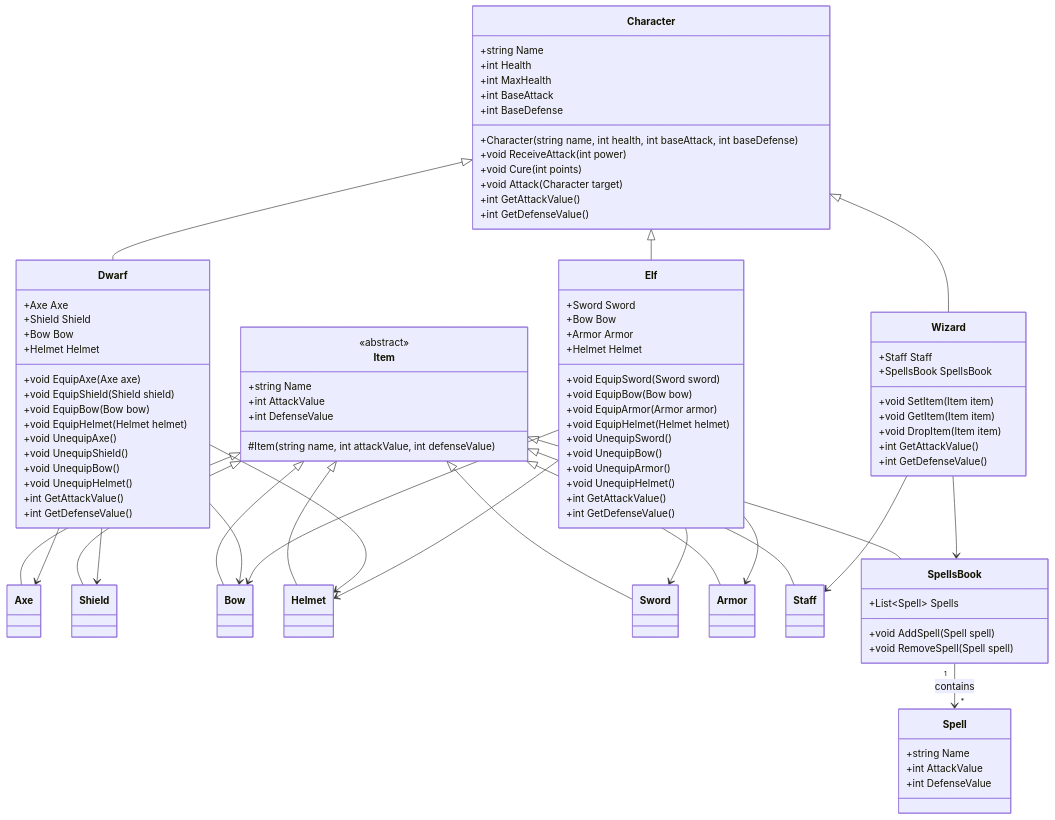
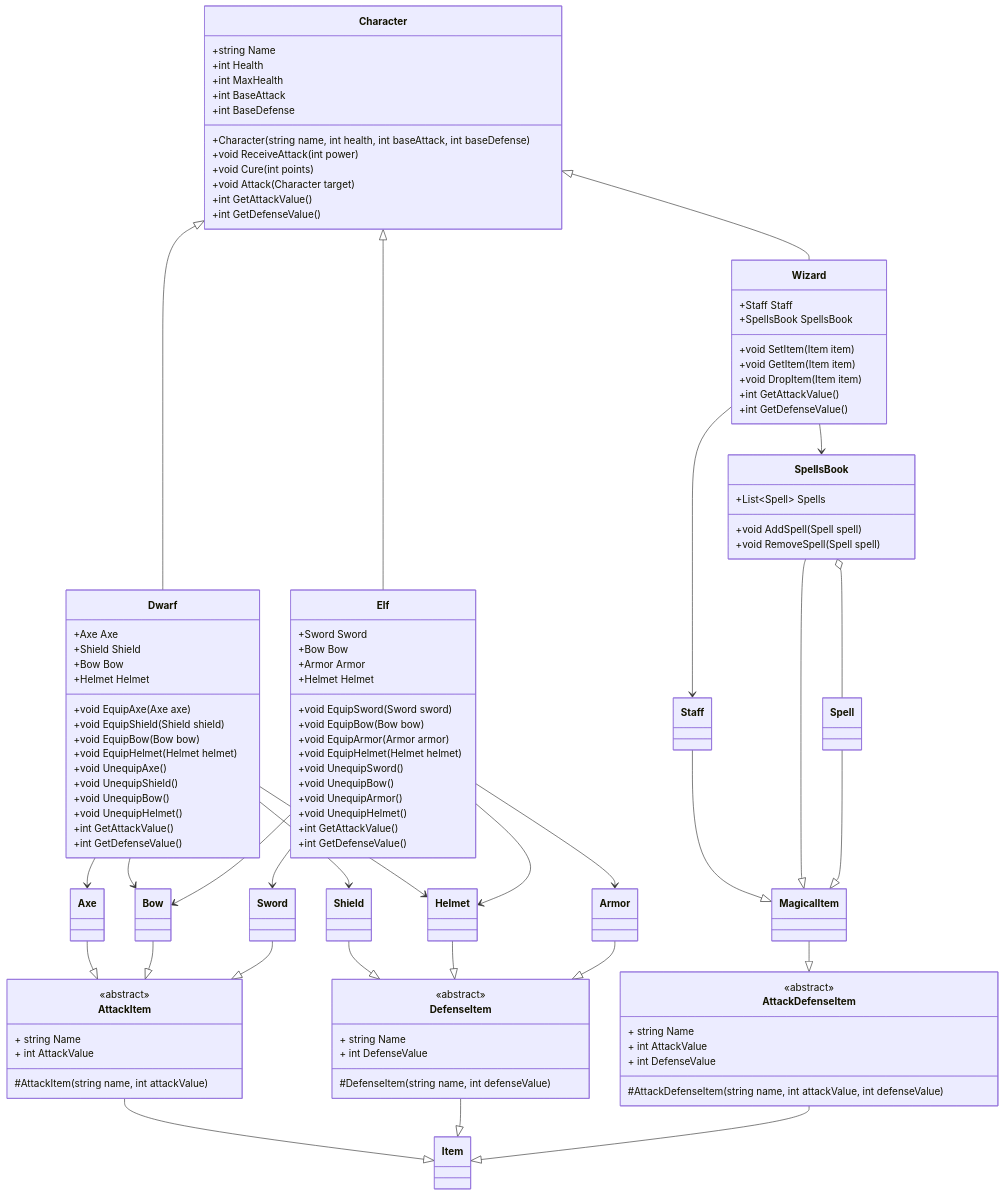
The diagram in DIAGRAM.md (mmelovar/PII_RoleplayGame_2_Start), drawn with Mermaid before and after one commit.

Commit message:
Diagrama 2.0

````diff
--- a/DIAGRAM.md
+++ b/DIAGRAM.md
@@ -1,5 +1,6 @@
 ```mermaid
-classDiagram
+classDiagram 
+
     class Character {
         +string Name
         +int Health
@@ -13,6 +14,8 @@
         +int GetAttackValue()
         +int GetDefenseValue()
     }
+
+    class Item {}
 
     class Dwarf {
         +Axe Axe
@@ -58,14 +61,29 @@
         +int GetDefenseValue()
     }
 
-    class Item {
+    class AttackItem {
         <<abstract>>
-        +string Name
-        +int AttackValue
-        +int DefenseValue
-        #Item(string name, int attackValue, int defenseValue)
+        + string Name
+        + int AttackValue
+        #AttackItem(string name, int attackValue)
     }
 
+    class DefenseItem {
+        <<abstract>>
+        + string Name
+        + int DefenseValue
+        #DefenseItem(string name, int defenseValue)
+    }
+
+    class AttackDefenseItem {
+        <<abstract>>
+        + string Name
+        + int AttackValue
+        + int DefenseValue
+        #AttackDefenseItem(string name, int attackValue, int defenseValue)
+    }
+
+    class MagicalItem
     class Axe
     class Shield
     class Bow
@@ -73,6 +91,7 @@
     class Sword
     class Armor
     class Staff
+    class Spell
 
     class SpellsBook {
         +List~Spell~ Spells
@@ -80,24 +99,24 @@
         +void RemoveSpell(Spell spell)
     }
 
-    class Spell {
-        +string Name
-        +int AttackValue
-        +int DefenseValue
-    }
-
     Character <|-- Dwarf
     Character <|-- Elf
     Character <|-- Wizard
 
-    Item <|-- Axe
-    Item <|-- Shield
-    Item <|-- Bow
-    Item <|-- Helmet
-    Item <|-- Sword
-    Item <|-- Armor
-    Item <|-- Staff
-    Item <|-- SpellsBook
+    AttackItem --|> Item
+    DefenseItem --|> Item
+    AttackDefenseItem --|> Item
+    MagicalItem --|> AttackDefenseItem
+
+    Axe --|> AttackItem
+    Shield --|> DefenseItem
+    Bow --|> AttackItem
+    Helmet --|> DefenseItem
+    Sword --|> AttackItem
+    Armor --|> DefenseItem
+    Staff --|> MagicalItem
+    SpellsBook --|> MagicalItem
+    Spell --|> MagicalItem
 
     Dwarf --> Axe
     Dwarf --> Shield
@@ -111,5 +130,5 @@
 
     Wizard --> Staff
     Wizard --> SpellsBook
-    SpellsBook "1" --> "*" Spell : contains
+    SpellsBook o-- Spell
 ```
````
